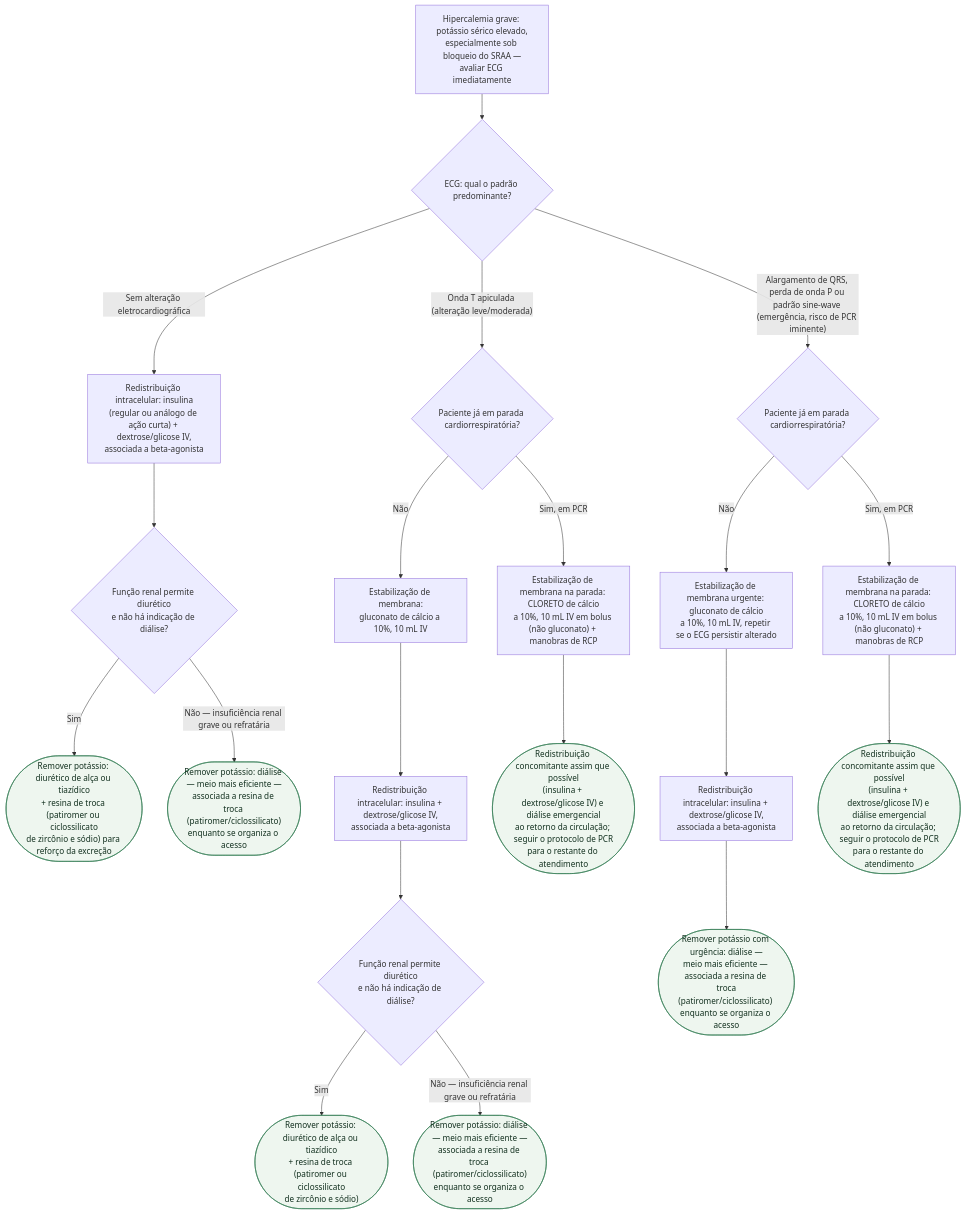
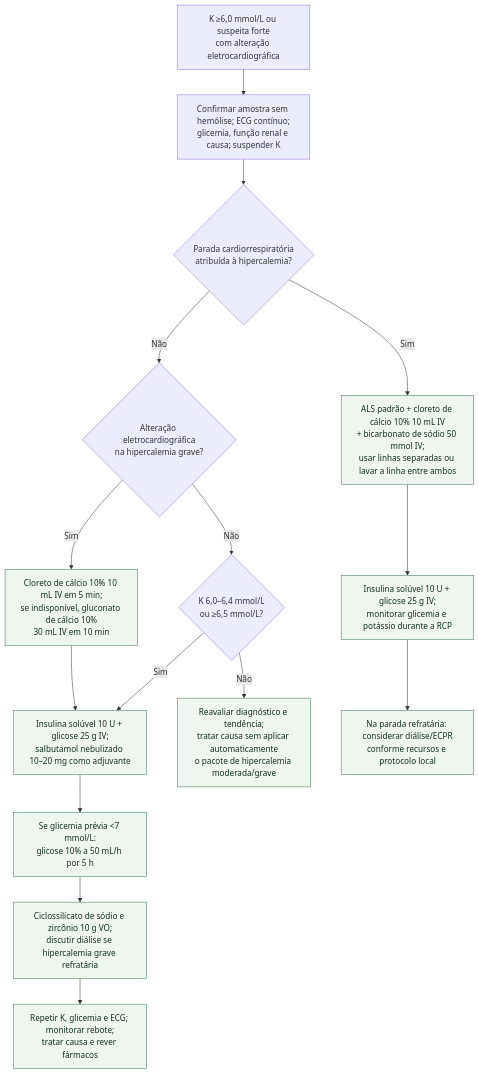
The diagram in content/Terapia_intensiva/fluxograma-hipercalemia-grave.md (rafaelpaesmeirelles/MeuCardio), drawn with Mermaid before and after one commit. The commit also changed other lines of this file and 8 other files, not shown here.

````diff
--- a/content/Terapia_intensiva/fluxograma-hipercalemia-grave.md
+++ b/content/Terapia_intensiva/fluxograma-hipercalemia-grave.md
@@ -21,62 +22,29 @@
 ```mermaid
 flowchart TD
-  R["Hipercalemia grave: potássio sérico elevado,<br/>especialmente sob bloqueio do SRAA —<br/>avaliar ECG imediatamente"]
-  R --> D1
+  A["K ≥6,0 mmol/L ou suspeita forte<br/>com alteração eletrocardiográfica"]
+  B["Confirmar amostra sem hemólise; ECG contínuo;<br/>glicemia, função renal e causa; suspender K"]
+  C{"Parada cardiorrespiratória<br/>atribuída à hipercalemia?"}
+  D["ALS padrão + cloreto de cálcio 10% 10 mL IV<br/>+ bicarbonato de sódio 50 mmol IV;<br/>usar linhas separadas ou lavar a linha entre ambos"]
+  E{"Alteração eletrocardiográfica<br/>na hipercalemia grave?"}
+  F["Cloreto de cálcio 10% 10 mL IV em 5 min;<br/>se indisponível, gluconato de cálcio 10%<br/>30 mL IV em 10 min"]
+  G{"K 6,0–6,4 mmol/L<br/>ou ≥6,5 mmol/L?"}
+  H["Insulina solúvel 10 U + glicose 25 g IV;<br/>salbutamol nebulizado 10–20 mg como adjuvante"]
+  N["Insulina solúvel 10 U + glicose 25 g IV;<br/>monitorar glicemia e potássio durante a RCP"]
+  I["Se glicemia prévia <7 mmol/L:<br/>glicose 10% a 50 mL/h por 5 h"]
+  J["Ciclossilicato de sódio e zircônio 10 g VO;<br/>discutir diálise se hipercalemia grave refratária"]
+  K["Repetir K, glicemia e ECG; monitorar rebote;<br/>tratar causa e rever fármacos"]
+  L["Reavaliar diagnóstico e tendência;<br/>tratar causa sem aplicar automaticamente<br/>o pacote de hipercalemia moderada/grave"]
+  M["Na parada refratária: considerar diálise/ECPR<br/>conforme recursos e protocolo local"]
 
-  D1{"ECG: qual o padrão predominante?"}
-  D1 -->|"Sem alteração eletrocardiográfica"| S1
-  D1 -->|"Onda T apiculada (alteração leve/moderada)"| D3
-  D1 -->|"Alargamento de QRS, perda de onda P ou padrão sine-wave (emergência, risco de PCR iminente)"| D5
+  A --> B --> C
+  C -->|"Sim"| D --> N --> M
+  C -->|"Não"| E
+  E -->|"Sim"| F --> H
+  E -->|"Não"| G
+  G -->|"Sim"| H
+  G -->|"Não"| L
+  H --> I --> J --> K
 
-  S1["Redistribuição intracelular: insulina<br/>(regular ou análogo de ação curta) + dextrose/glicose IV,<br/>associada a beta-agonista"]
-  S1 --> D2
-
-  D2{"Função renal permite diurético<br/>e não há indicação de diálise?"}
-  D2 -->|"Sim"| C1
-  D2 -->|"Não — insuficiência renal grave ou refratária"| C2
-
-  C1(["Remover potássio: diurético de alça ou tiazídico<br/>+ resina de troca (patiromer ou ciclossilicato<br/>de zircônio e sódio) para reforço da excreção"])
-  C2(["Remover potássio: diálise — meio mais eficiente —<br/>associada a resina de troca (patiromer/ciclossilicato)<br/>enquanto se organiza o acesso"])
-
-  D3{"Paciente já em parada cardiorrespiratória?"}
-  D3 -->|"Não"| M1
-  D3 -->|"Sim, em PCR"| M2
-
-  M1["Estabilização de membrana:<br/>gluconato de cálcio a 10%, 10 mL IV"]
-  M1 --> S2
-
-  S2["Redistribuição intracelular: insulina + dextrose/glicose IV,<br/>associada a beta-agonista"]
-  S2 --> D4
-
-  D4{"Função renal permite diurético<br/>e não há indicação de diálise?"}
-  D4 -->|"Sim"| C3
-  D4 -->|"Não — insuficiência renal grave ou refratária"| C4
-
-  C3(["Remover potássio: diurético de alça ou tiazídico<br/>+ resina de troca (patiromer ou ciclossilicato<br/>de zircônio e sódio)"])
-  C4(["Remover potássio: diálise — meio mais eficiente —<br/>associada a resina de troca (patiromer/ciclossilicato)<br/>enquanto se organiza o acesso"])
-
-  M2["Estabilização de membrana na parada: CLORETO de cálcio<br/>a 10%, 10 mL IV em bolus (não gluconato) + manobras de RCP"]
-  M2 --> C5
-
-  C5(["Redistribuição concomitante assim que possível<br/>(insulina + dextrose/glicose IV) e diálise emergencial<br/>ao retorno da circulação; seguir o protocolo de PCR<br/>para o restante do atendimento"])
-
-  D5{"Paciente já em parada cardiorrespiratória?"}
-  D5 -->|"Não"| M3
-  D5 -->|"Sim, em PCR"| M4
-
-  M3["Estabilização de membrana urgente: gluconato de cálcio<br/>a 10%, 10 mL IV, repetir se o ECG persistir alterado"]
-  M3 --> S3
-
-  S3["Redistribuição intracelular: insulina + dextrose/glicose IV,<br/>associada a beta-agonista"]
-  S3 --> C6
-
-  C6(["Remover potássio com urgência: diálise —<br/>meio mais eficiente — associada a resina de troca<br/>(patiromer/ciclossilicato) enquanto se organiza o acesso"])
-
-  M4["Estabilização de membrana na parada: CLORETO de cálcio<br/>a 10%, 10 mL IV em bolus (não gluconato) + manobras de RCP"]
-  M4 --> C7
-
-  C7(["Redistribuição concomitante assim que possível<br/>(insulina + dextrose/glicose IV) e diálise emergencial<br/>ao retorno da circulação; seguir o protocolo de PCR<br/>para o restante do atendimento"])
-
-  classDef conduta fill:#eef6ef,stroke:#2f7a4f,color:#12301f;
-  class C1,C2,C3,C4,C5,C6,C7 conduta;
+  classDef action fill:#eef6ef,stroke:#2f7a4f,color:#12301f;
+  class D,F,H,I,J,K,L,M,N action;
 ```
````
